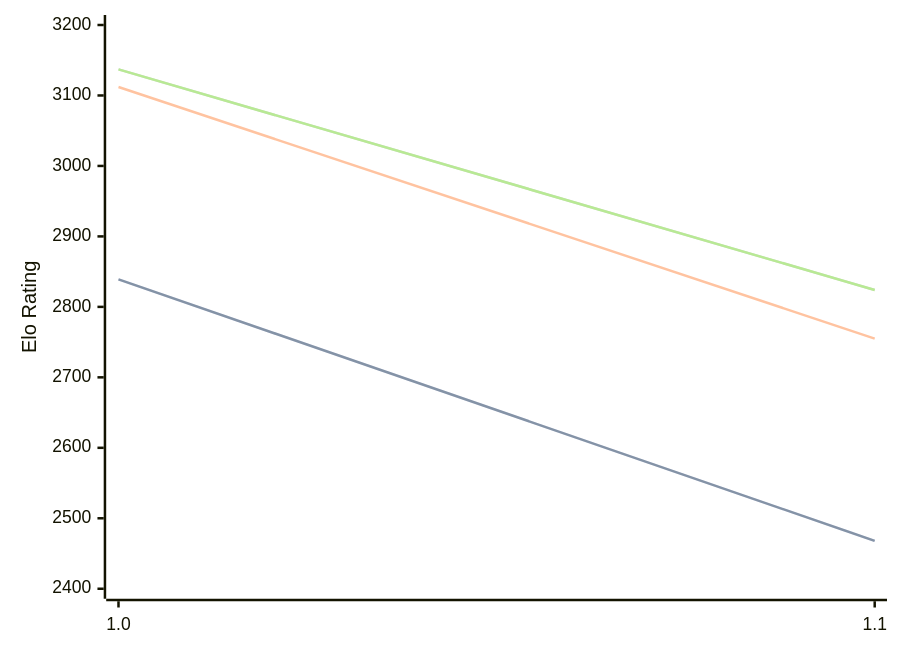
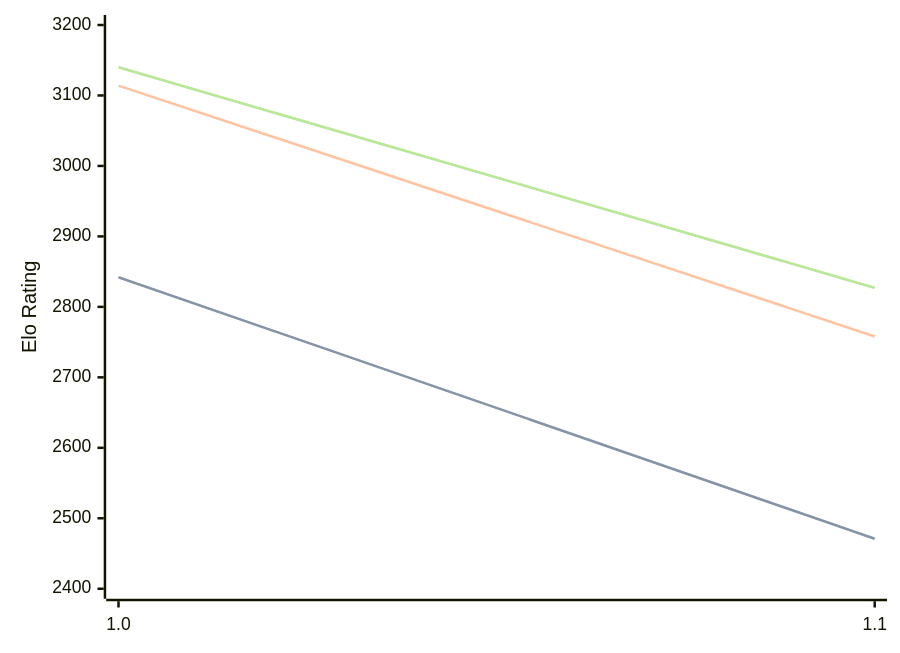
The diagram in engines/Publius.md (computer-chess-index/cci), drawn with Mermaid before and after one commit. The commit also changed other lines of this file, not shown here.

Commit message:
Update CCI Ratings (ELO VLTC) - 2026-09-24

````diff
--- a/engines/Publius.md
+++ b/engines/Publius.md
@@ -32,11 +32,11 @@
 ```mermaid
 %%{init: {"theme":"base","themeVariables":{"seriesColors:['#a3a3a3','#222221','#faa371']}}}%%
 xychart-beta
   x-axis ["1.0", "1.1"]
   y-axis "Elo Rating" 2400 --> 3200
-  line "" [2839, 2468]
-  line "STC (8.0+0.08s)" [2839, 2468]
-  line "LTC (60.0+0.60s)" [3112, 2755]
-  line "" [3137, 2824]
-  line "VLTC (2m24s+1.12s)" [3137, 2824]
+  line "" [2842, 2471]
+  line "STC (8.0+0.08s)" [2842, 2471]
+  line "LTC (60.0+0.60s)" [3114, 2758]
+  line "" [3140, 2827]
+  line "VLTC (2m24s+1.12s)" [3140, 2827]
 ```
````
